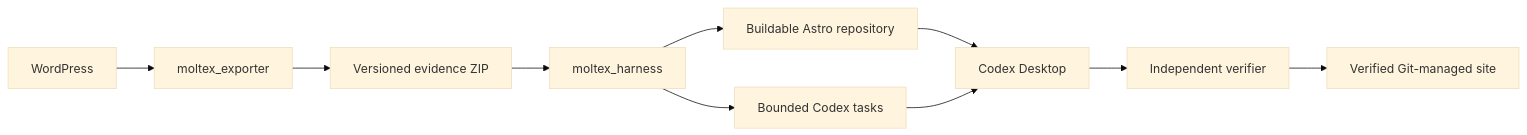
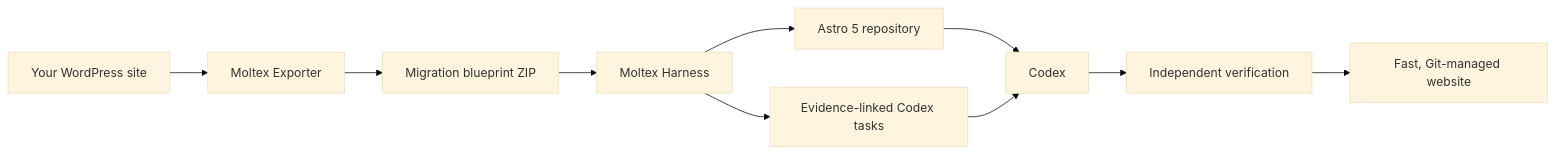
Before and after one commit to erickrex/moltex: the diagram in README.md, drawn with Mermaid (base theme). The commit also changed other lines of this file and 197 other files, not shown here.

````diff
--- a/README.md
+++ b/README.md
@@ -18,12 +29,12 @@
 ```mermaid
 flowchart LR
-    WP["WordPress"] --> EX["moltex_exporter"]
-    EX --> ZIP["Versioned evidence ZIP"]
-    ZIP --> H["moltex_harness"]
-    H --> ASTRO["Buildable Astro repository"]
-    H --> TASKS["Bounded Codex tasks"]
-    ASTRO --> CODEX["Codex Desktop"]
+    WP["Your WordPress site"] --> EX["Moltex Exporter"]
+    EX --> ZIP["Migration blueprint ZIP"]
+    ZIP --> H["Moltex Harness"]
+    H --> ASTRO["Astro 5 repository"]
+    H --> TASKS["Evidence-linked Codex tasks"]
+    ASTRO --> CODEX["Codex"]
     TASKS --> CODEX
-    CODEX --> VERIFY["Independent verifier"]
-    VERIFY --> SITE["Verified Git-managed site"]
+    CODEX --> VERIFY["Independent verification"]
+    VERIFY --> SITE["Fast, Git-managed website"]
 ```
````
